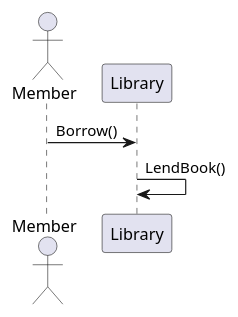
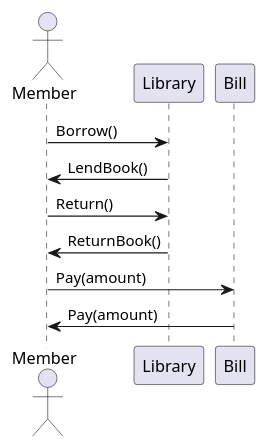
Before and after one commit to joshika39/elte-studies: the diagram in semester_II/oop/gyak/NagyBead/diagrams/sequencediag.puml, drawn with PlantUML. The commit also changed 8 other files, not shown here.

```diff
--- a/semester_II/oop/gyak/NagyBead/diagrams/sequencediag.puml
+++ b/semester_II/oop/gyak/NagyBead/diagrams/sequencediag.puml
@@ -1,9 +1,16 @@
 @startuml Sequence
 
 actor Member
 Participant Library
+Participant Bill
 
 Member -> Library : Borrow()
-Library -> Library : LendBook()
+Member <- Library : LendBook()
+
+Member -> Library : Return()
+Member <- Library : ReturnBook()
+
+Member -> Bill : Pay(amount)
+Member <- Bill : Pay(amount)
 
 @enduml
```
